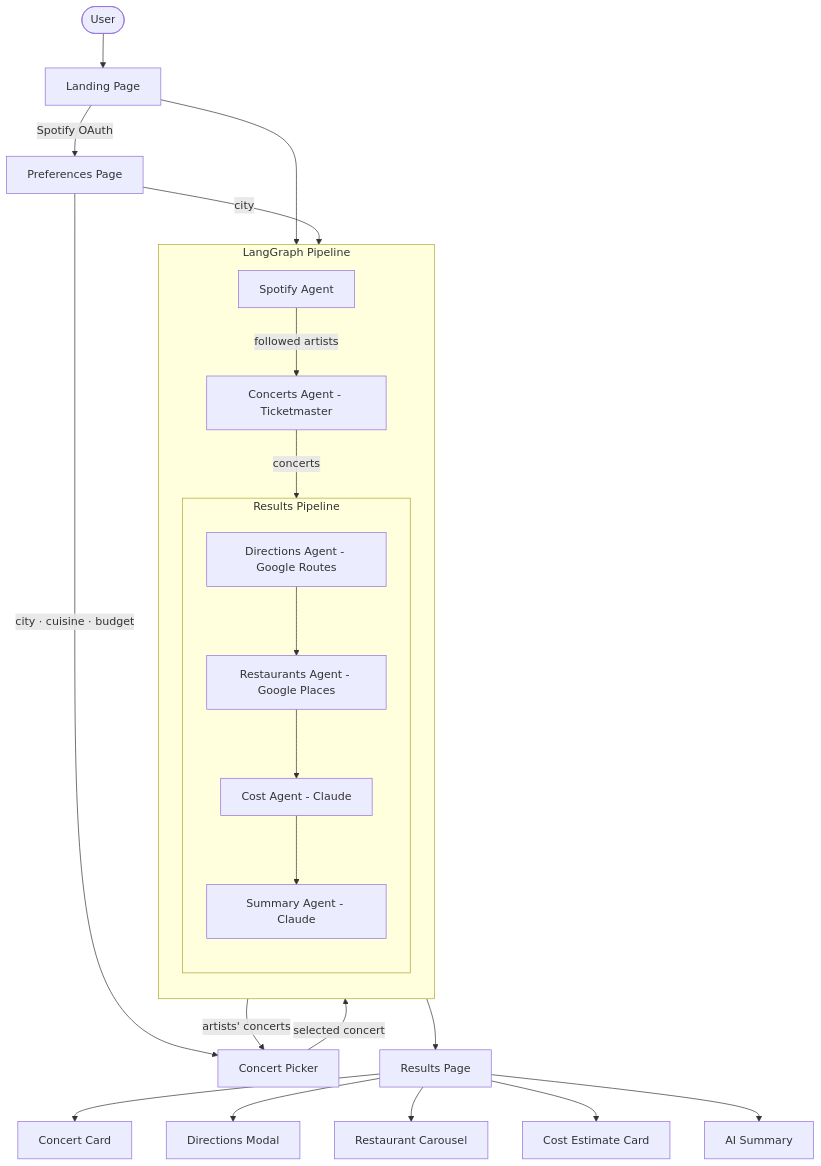
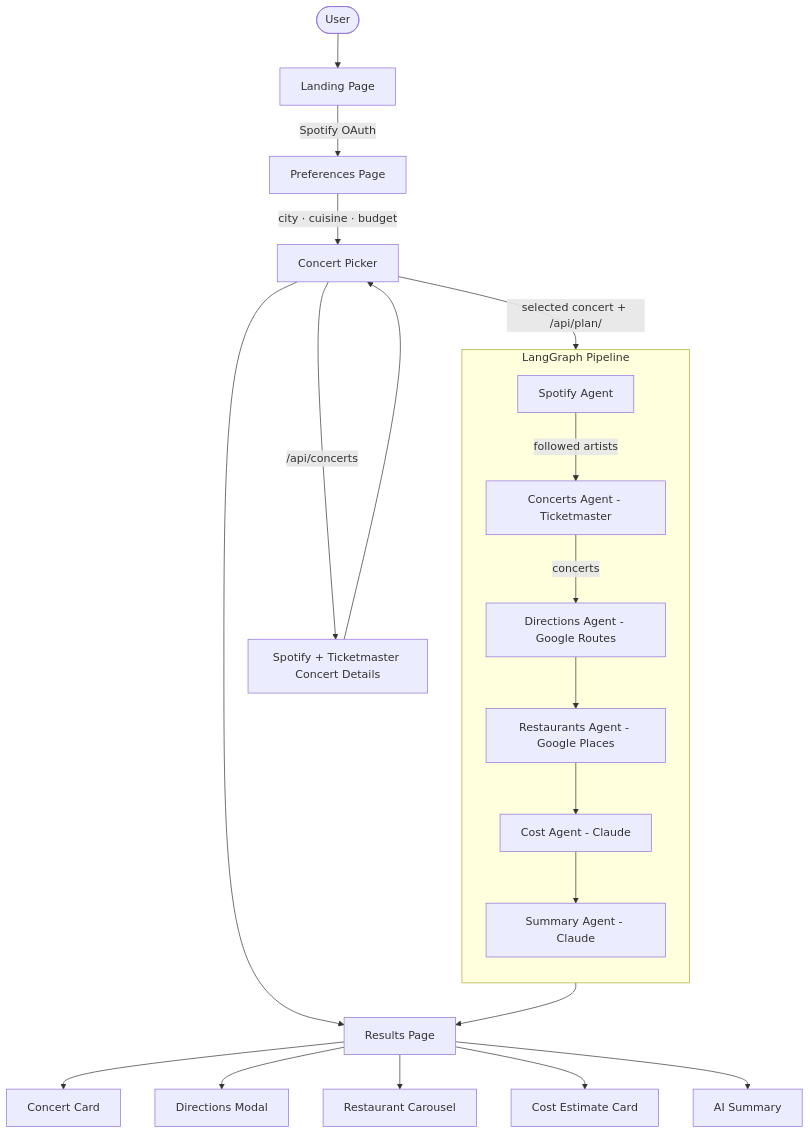
One commit to apotnis07/concert-planner changed the diagram in README.md. Above: the diagram before and after it, drawn with Mermaid. The commit also changed other lines of this file, not shown here.

````diff
--- a/README.md
+++ b/README.md
@@ -60,38 +60,36 @@
 ```mermaid
 flowchart TD
     U([User]) --> LP[Landing Page]
     LP -->|Spotify OAuth| PP[Preferences Page]
     PP -->|city · cuisine · budget| CP[Concert Picker]
+    CP -->|/api/concerts| TM[Spotify + Ticketmaster Concert Details]
+    TM --> CP
 
     subgraph pipeline["LangGraph Pipeline"]
         direction TB
         A1[Spotify Agent]
         A2[Concerts Agent - Ticketmaster]
 
-        subgraph results["Results Pipeline"]
-            direction TB
-            A3[Directions Agent - Google Routes]
-            A4[Restaurants Agent - Google Places]
-            A5[Cost Agent - Claude]
-            A6[Summary Agent - Claude]
-            A3 --> A4
-            A4 --> A5
-            A5 --> A6
-        end
+        direction TB
+        A3[Directions Agent - Google Routes]
+        A4[Restaurants Agent - Google Places]
+        A5[Cost Agent - Claude]
+        A6[Summary Agent - Claude]
+        A3 --> A4
+        A4 --> A5
+        A5 --> A6
 
         A1 -->|followed artists| A2
         A2 -->|concerts| A3
     end
 
-    LP --> A1
-    PP -->|city| A2
-    A2 -->|artists' concerts| CP
-    CP -->|selected concert| results
-    results --> RP[Results Page]
+    CP -->|selected concert + /api/plan/| A1
+    A6 --> RP[Results Page]
+    CP --> RP
 
     RP --> CC[Concert Card]
     RP --> DC[Directions Modal]
     RP --> RC[Restaurant Carousel]
     RP --> CE[Cost Estimate Card]
     RP --> SM[AI Summary]
 ```
````
